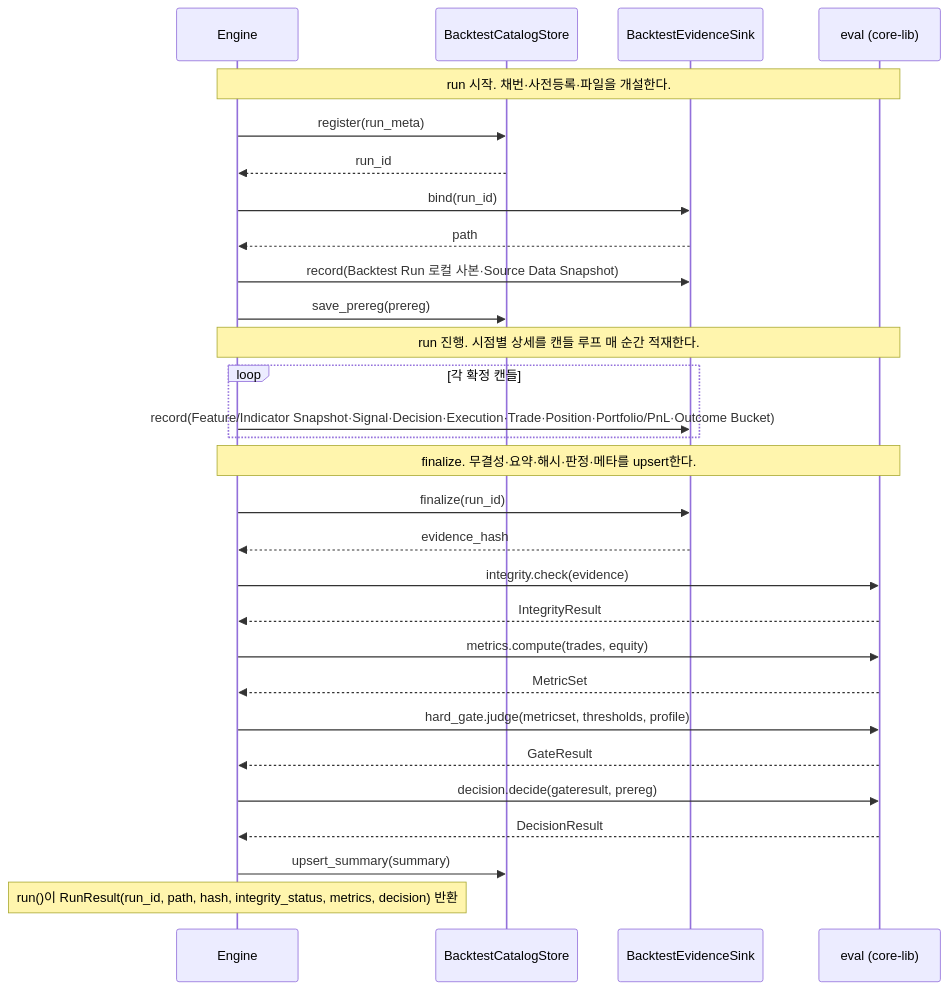
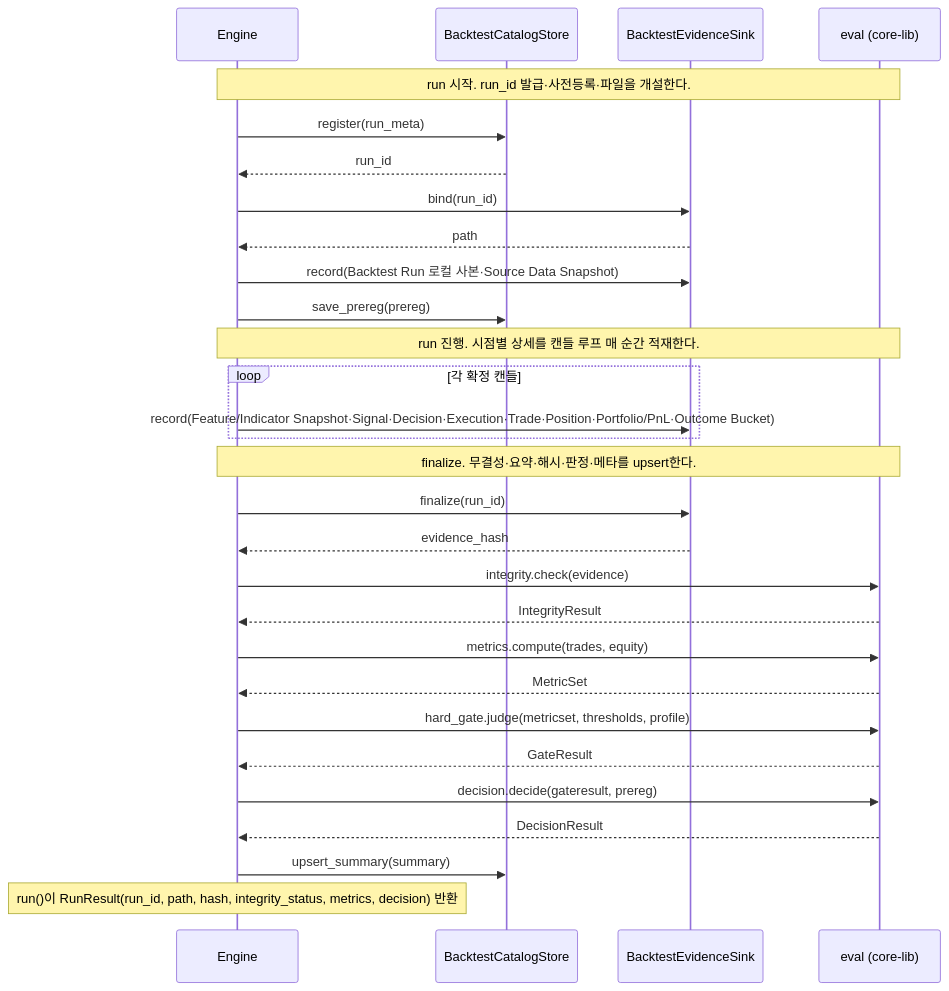
Diagram 25 of 25 in docs/fullspec/backtest_v2_detailed_design.md (vessel35/trading-system-v2), drawn with Mermaid before and after one commit. The commit also changed other lines of this file, not shown here.

Commit message:
docs(b-service-classes): §4.5 run 저장 읽는 법 평이화 — '채번'→'run_id 발급' 통일(정본 bb7ed2c 미러)

````diff
--- a/docs/fullspec/backtest_v2_detailed_design.md
+++ b/docs/fullspec/backtest_v2_detailed_design.md
@@ -3323,31 +3323,31 @@
 ```mermaid
 sequenceDiagram
     participant ENG as Engine
     participant CS as BacktestCatalogStore
     participant EV as BacktestEvidenceSink
     participant EVAL as eval (core-lib)
-    Note over ENG,EVAL: run 시작. 채번·사전등록·파일을 개설한다.
+    Note over ENG,EVAL: run 시작. run_id 발급·사전등록·파일을 개설한다.
     ENG->>CS: register(run_meta)
     CS-->>ENG: run_id
     ENG->>EV: bind(run_id)
     EV-->>ENG: path
     ENG->>EV: record(Backtest Run 로컬 사본·Source Data Snapshot)
     ENG->>CS: save_prereg(prereg)
     Note over ENG,EVAL: run 진행. 시점별 상세를 캔들 루프 매 순간 적재한다.
     loop 각 확정 캔들
         ENG->>EV: record(Feature/Indicator Snapshot·Signal·Decision·Execution·Trade·Position·Portfolio/PnL·Outcome Bucket)
     end
     Note over ENG,EVAL: finalize. 무결성·요약·해시·판정·메타를 upsert한다.
     ENG->>EV: finalize(run_id)
     EV-->>ENG: evidence_hash
     ENG->>EVAL: integrity.check(evidence)
     EVAL-->>ENG: IntegrityResult
     ENG->>EVAL: metrics.compute(trades, equity)
     EVAL-->>ENG: MetricSet
     ENG->>EVAL: hard_gate.judge(metricset, thresholds, profile)
     EVAL-->>ENG: GateResult
     ENG->>EVAL: decision.decide(gateresult, prereg)
     EVAL-->>ENG: DecisionResult
     ENG->>CS: upsert_summary(summary)
     Note over ENG: run()이 RunResult(run_id, path, hash, integrity_status, metrics, decision) 반환
 ```
````
